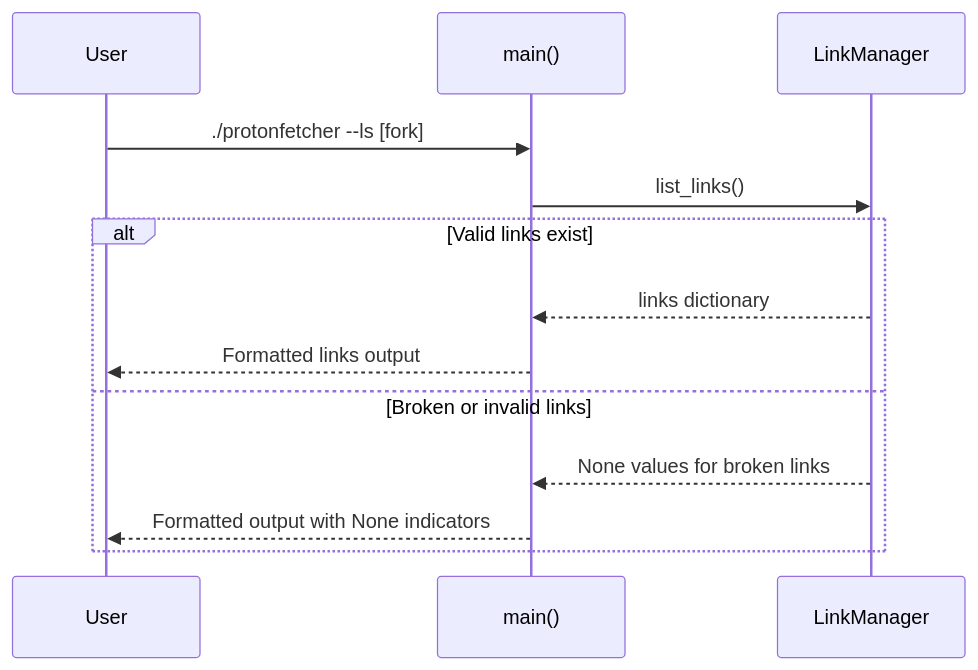
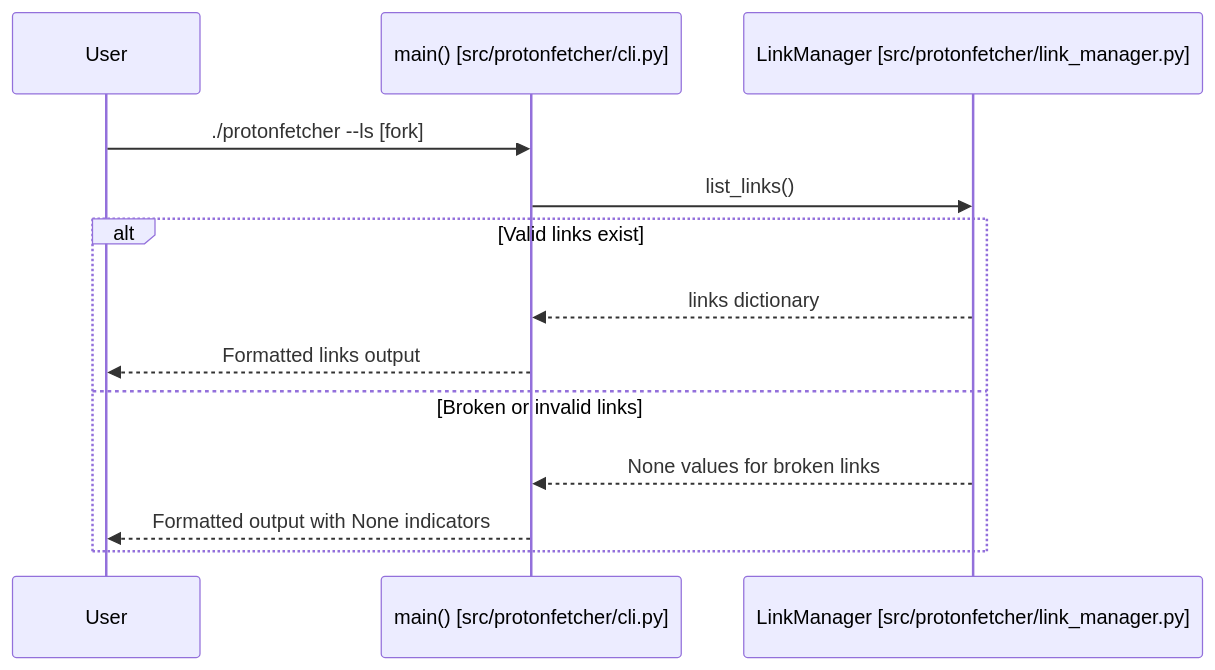
One commit to WombatFromHell/protonge-fetcher changed the fourth of 8 diagrams in DESIGN.md. Above: the diagram before and after it, drawn with Mermaid. The commit also changed other lines of this file and 50 other files, not shown here.

````diff
--- a/DESIGN.md
+++ b/DESIGN.md
@@ -284,16 +387,16 @@
 ```mermaid
 sequenceDiagram
     participant U as User
-    participant M as main()
-    participant LM as LinkManager
+    participant M as main() [src/protonfetcher/cli.py]
+    participant LM as LinkManager [src/protonfetcher/link_manager.py]
 
     U->>M: ./protonfetcher --ls [fork]
     M->>LM: list_links()
     alt Valid links exist
         LM-->>M: links dictionary
         M-->>U: Formatted links output
     else Broken or invalid links
         LM-->>M: None values for broken links
         M-->>U: Formatted output with None indicators
     end
 ```
````
